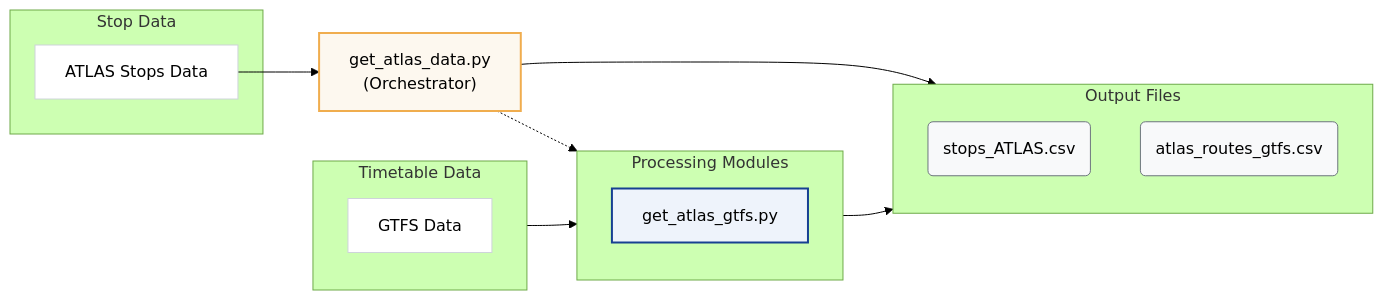
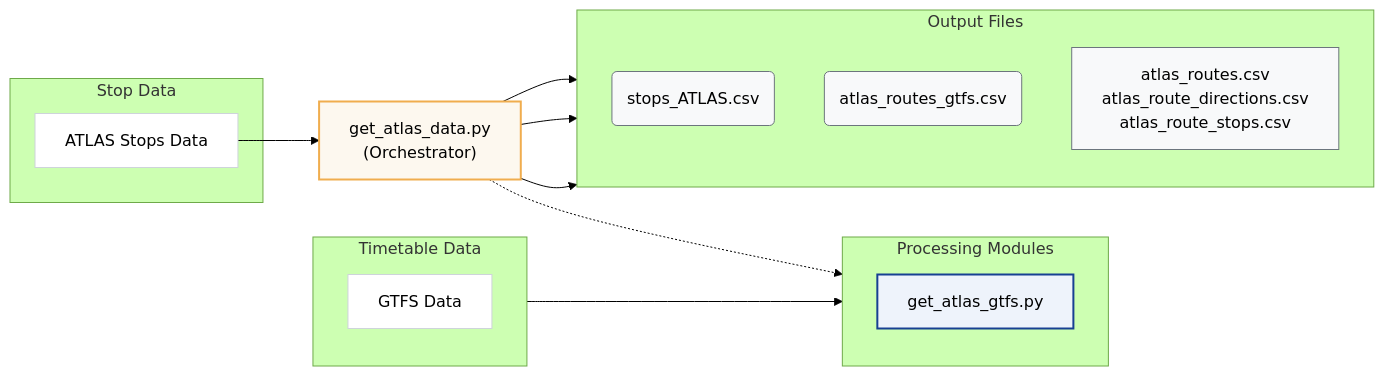
Before and after one commit to openTdataCH/stop_sync_osm_atlas: the first of 2 diagrams in documentation/1. Download and process data.md, drawn with Mermaid (forest theme). The commit also changed other lines of this file and 39 other files, not shown here.

````diff
--- a/documentation/1. Download and process data.md
+++ b/documentation/1. Download and process data.md
@@ -17,34 +18,36 @@
 ```mermaid
 flowchart LR
     classDef plain fill:#fff,stroke:#ced4da,stroke-width:1px;
     classDef script fill:#eef3fb,stroke:#174092,stroke-width:2px;
     classDef orch fill:#fdf8ef,stroke:#F0AD4E,stroke-width:2px;
     classDef file fill:#f8f9fa,stroke:#6c757d,stroke-width:1px;
 
     subgraph StopSrc ["Stop Data"]
         AT[ATLAS Stops Data]:::plain
     end
 
     subgraph TimeSrc ["Timetable Data"]
         direction TB
         GT[GTFS Data]:::plain
     end
 
     SA["get_atlas_data.py\n(Orchestrator)"]:::orch
 
     subgraph Modules ["Processing Modules"]
         direction TB
         SG[get_atlas_gtfs.py]:::script
     end
 
     subgraph Outputs ["Output Files"]
         direction TB
         PA(stops_ATLAS.csv):::file
         PU(atlas_routes_gtfs.csv):::file
+        PR["atlas_routes.csv<br/>atlas_route_directions.csv<br/>atlas_route_stops.csv"]:::file
     end
 
     AT --> SA --> PA
     GT --> SG
     SA -.-> SG
-    SG --> PU
+    SA --> PU
+    SA --> PR
 ```
````
